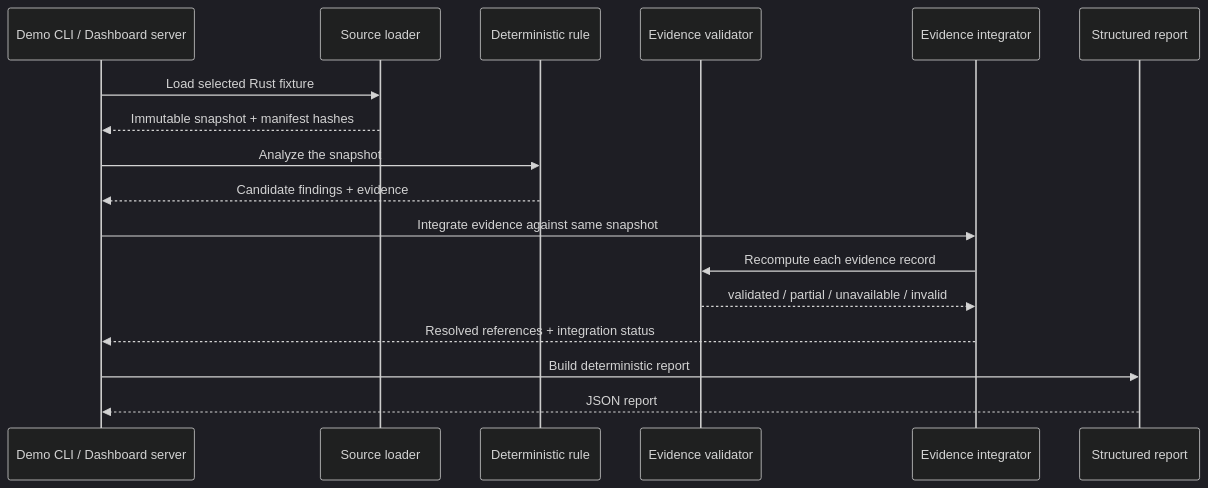
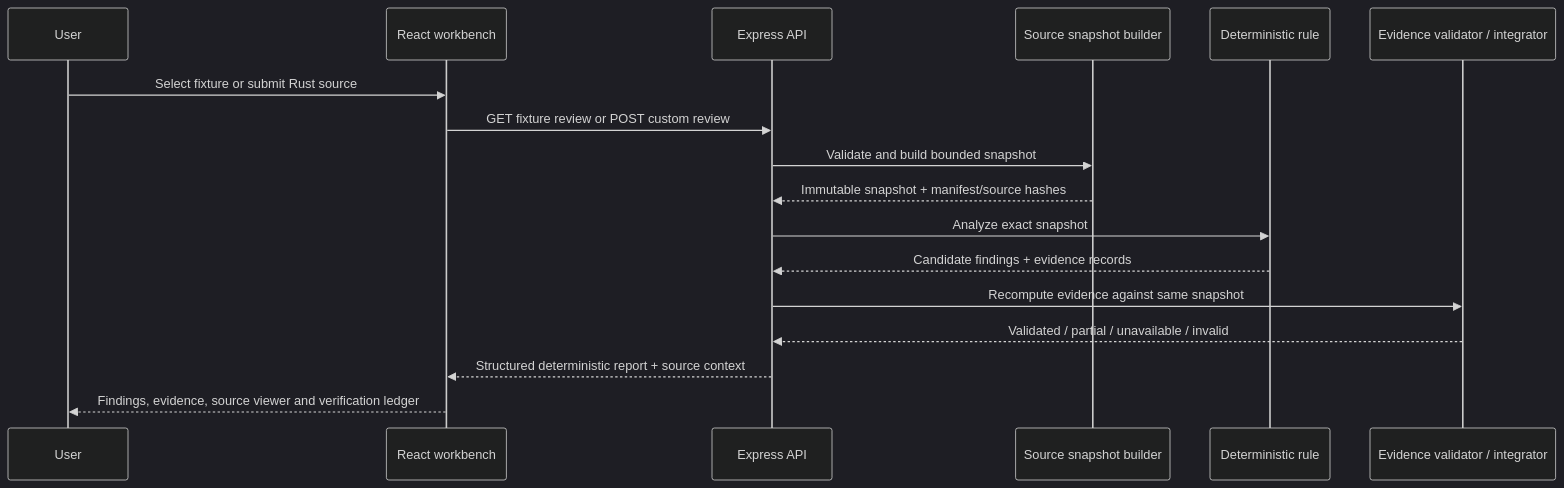
One commit to chokri29/SentinelReview changed the second of 3 diagrams in README.md. Above: the diagram before and after it, drawn with Mermaid (dark theme). The commit also changed other lines of this file, not shown here.

````diff
--- a/README.md
+++ b/README.md
@@ -85,20 +74,20 @@
 ```mermaid
 sequenceDiagram
-    participant CLI as Demo CLI / Dashboard server
-    participant Loader as Source loader
+    participant User
+    participant UI as React workbench
+    participant API as Express API
+    participant Loader as Source snapshot builder
     participant Rule as Deterministic rule
-    participant Validator as Evidence validator
-    participant Integrator as Evidence integrator
-    participant Report as Structured report
+    participant Evidence as Evidence validator / integrator
 
-    CLI->>Loader: Load selected Rust fixture
-    Loader-->>CLI: Immutable snapshot + manifest hashes
-    CLI->>Rule: Analyze the snapshot
-    Rule-->>CLI: Candidate findings + evidence
-    CLI->>Integrator: Integrate evidence against same snapshot
-    Integrator->>Validator: Recompute each evidence record
-    Validator-->>Integrator: validated / partial / unavailable / invalid
-    Integrator-->>CLI: Resolved references + integration status
-    CLI->>Report: Build deterministic report
-    Report-->>CLI: JSON report
+    User->>UI: Select fixture or submit Rust source
+    UI->>API: GET fixture review or POST custom review
+    API->>Loader: Validate and build bounded snapshot
+    Loader-->>API: Immutable snapshot + manifest/source hashes
+    API->>Rule: Analyze exact snapshot
+    Rule-->>API: Candidate findings + evidence records
+    API->>Evidence: Recompute evidence against same snapshot
+    Evidence-->>API: Validated / partial / unavailable / invalid
+    API-->>UI: Structured deterministic report + source context
+    UI-->>User: Findings, evidence, source viewer and verification ledger
 ```
````
